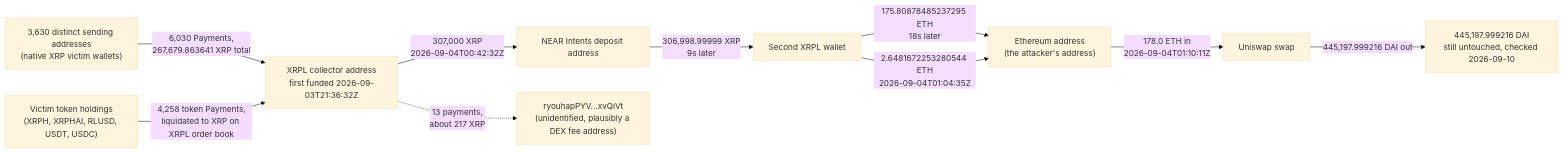
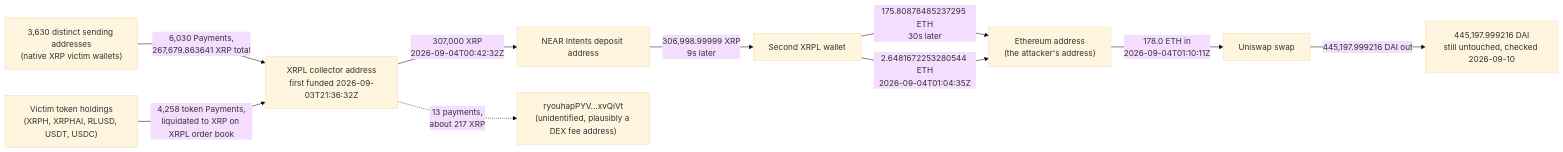
The diagram in xrph-wallet-key-compromise/README.md (RealSpap/onchain-postmortems), drawn with Mermaid (base theme) before and after one commit. The commit also changed other lines of this file and 201 other files, not shown here.

````diff
--- a/xrph-wallet-key-compromise/README.md
+++ b/xrph-wallet-key-compromise/README.md
@@ -38,22 +38,22 @@
 ```mermaid
 flowchart LR
     VX["3,630 distinct sending addresses<br/>(native XRP victim wallets)"]
     VT["Victim token holdings<br/>(XRPH, XRPHAI, RLUSD, USDT, USDC)"]
     COL["XRPL collector address<br/>first funded 2026-09-03T21:36:32Z"]
     ND["NEAR Intents deposit address"]
     W2["Second XRPL wallet"]
     ETHA["Ethereum address<br/>(the attacker's address)"]
     SWAP["Uniswap swap"]
     DAI["445,197.999216 DAI<br/>still untouched, checked 2026-09-10"]
     FEE["ryouhapPYV...xvQiVt<br/>(unidentified, plausibly a DEX fee address)"]
 
     VX -->|"6,030 Payments,<br/>267,679.863641 XRP total"| COL
     VT -->|"4,258 token Payments,<br/>liquidated to XRP on XRPL order book"| COL
     COL -->|"307,000 XRP<br/>2026-09-04T00:42:32Z"| ND
     ND -->|"306,998.99999 XRP<br/>9s later"| W2
-    W2 -->|"175.80878485237295 ETH<br/>18s later"| ETHA
+    W2 -->|"175.80878485237295 ETH<br/>30s later"| ETHA
     W2 -->|"2.6481672253280544 ETH<br/>2026-09-04T01:04:35Z"| ETHA
     COL -.->|"13 payments,<br/>about 217 XRP"| FEE
     ETHA -->|"178.0 ETH in<br/>2026-09-04T01:10:11Z"| SWAP
     SWAP -->|"445,197.999216 DAI out"| DAI
 ```
````
